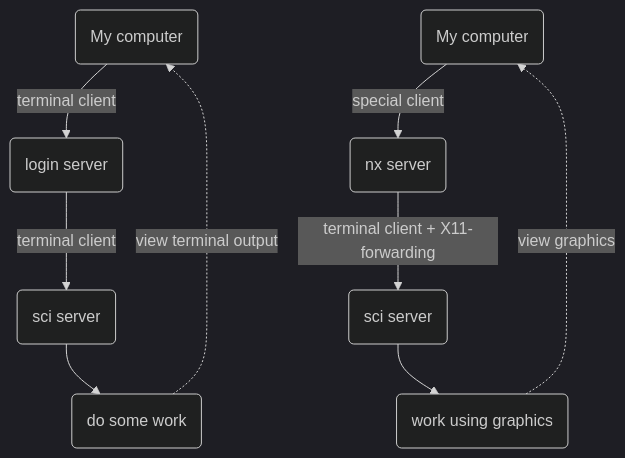
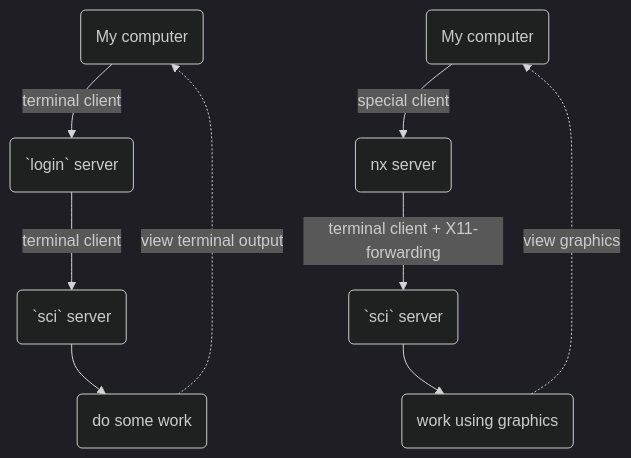
One commit to cedadev/jasmin-workshop changed the second of 2 diagrams in exercises/ex01/README.md. Above: the diagram before and after it, drawn with Mermaid (dark theme). The commit also changed other lines of this file and 6 other files, not shown here.

````diff
--- a/exercises/ex01/README.md
+++ b/exercises/ex01/README.md
@@ -212,16 +212,16 @@
 ```mermaid
 flowchart TD
    id1(My computer)
-   -- terminal client -->id2(login server)
-   -- terminal client -->id3(sci server)
+   -- terminal client -->id2(`login` server)
+   -- terminal client -->id3(`sci` server)
    -->id4(do some work)
 
    id4-. view terminal output .->id1
 
    id5(My computer)
    -- special client -->id6(nx server)
-   -- terminal client + X11-forwarding -->id7(sci server)
+   -- terminal client + X11-forwarding -->id7(`sci` server)
    -->id8(work using graphics)
    
    id8-. view graphics .->id5
 ```
````
